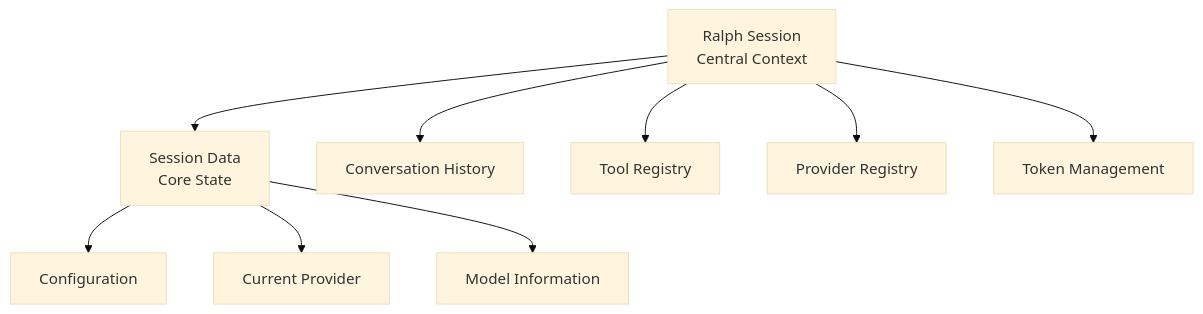
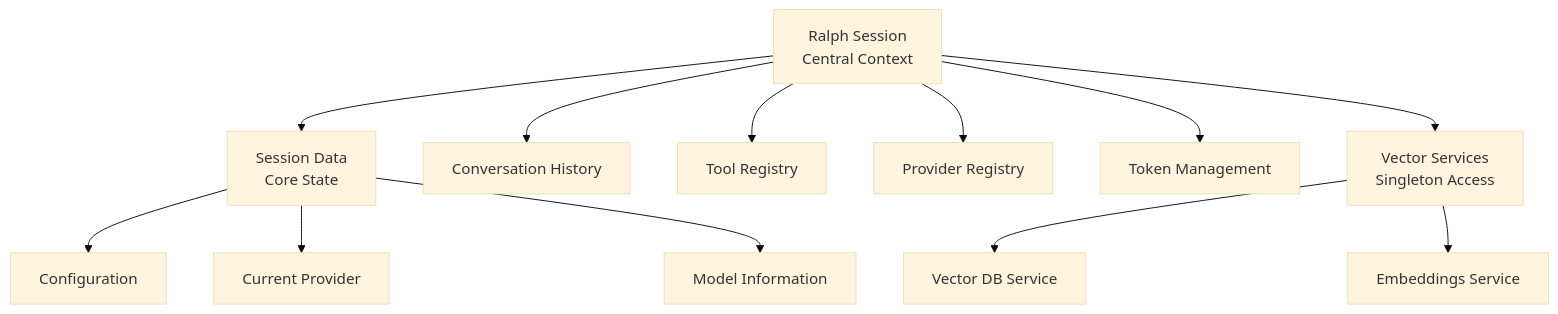
One commit to tgittos/scaffold changed the fourth of 8 diagrams in ARCHITECTURE.md. Above: the diagram before and after it, drawn with Mermaid (base theme). The commit also changed other lines of this file and 21 other files, not shown here.

First line of the commit message:
docs: Update README and ARCHITECTURE for vector database and memory features

````diff
--- a/ARCHITECTURE.md
+++ b/ARCHITECTURE.md
@@ -145,12 +191,16 @@
 ```mermaid
 graph TB
     RalphSession[Ralph Session<br/>Central Context] --> SessionData[Session Data<br/>Core State]
     RalphSession --> ConvHistory[Conversation History]
     RalphSession --> ToolReg[Tool Registry]
     RalphSession --> ProvReg[Provider Registry]
     RalphSession --> TokenMgmt[Token Management]
+    RalphSession --> VectorServices[Vector Services<br/>Singleton Access]
     
     SessionData --> Config[Configuration]
     SessionData --> CurrentProvider[Current Provider]
     SessionData --> ModelInfo[Model Information]
+    
+    VectorServices --> VectorDBService[Vector DB Service]
+    VectorServices --> EmbeddingsService[Embeddings Service]
 ```
````
